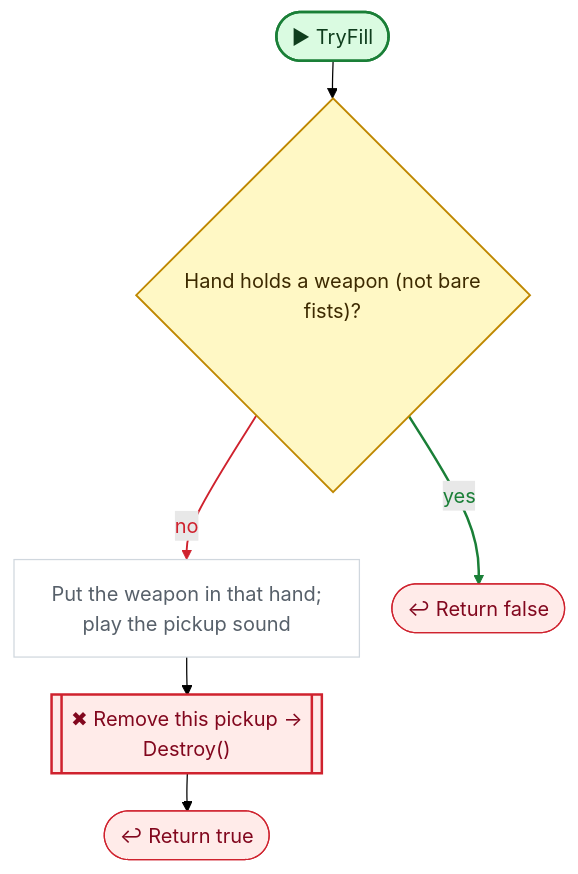
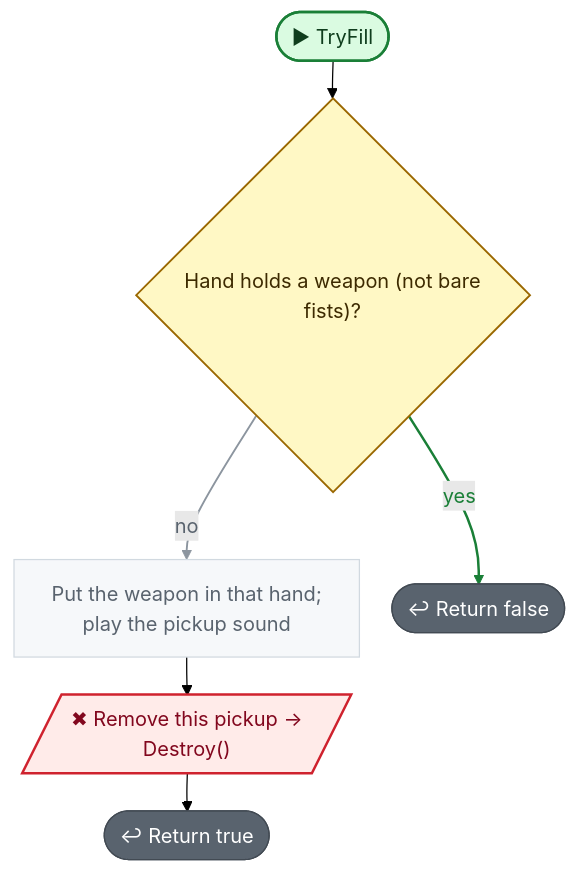
One commit to nataiai/Lord-of-the-Dungeon changed the fifth of 7 diagrams in CodeGraph~/graph/Loot.cs.md. Above: the diagram before and after it, drawn with Mermaid (forest theme). The commit also changed other lines of this file and 57 other files, not shown here.

````diff
--- a/CodeGraph~/graph/Loot.cs.md
+++ b/CodeGraph~/graph/Loot.cs.md
@@ -254,42 +271,42 @@
 ```mermaid
 ---
 config:
   flowchart:
     wrappingWidth: 260
     nodeSpacing: 26
     rankSpacing: 30
 ---
 flowchart TD
   nS(["▶ TryFill"])
   n6fc250{"Hand holds a weapon (not bare<br>fists)?"}
   n247ddb["Put the weapon in that hand;<br>play the pickup sound"]
-  nbee12d[["✖ Remove this pickup →<br>Destroy()"]]
+  nbee12d[/"✖ Remove this pickup →<br>Destroy()"/]
   n1902d3(["↩ Return false"])
   nb1e3d6(["↩ Return true"])
   nS --> n6fc250
   n6fc250 -->|no| n247ddb
   n6fc250 -->|yes| n1902d3
   n247ddb --> nbee12d
   nbee12d --> nb1e3d6
-  linkStyle 1 stroke:#cf222e,stroke-width:1.5px,color:#cf222e
+  linkStyle 1 stroke:#8c959f,stroke-width:1.5px,color:#59636e
   linkStyle 2 stroke:#1a7f37,stroke-width:2px,color:#1a7f37
   classDef unity fill:#dafbe1,stroke:#1a7f37,stroke-width:2px,color:#0f3d1d
   classDef start fill:#dafbe1,stroke:#1a7f37,stroke-width:2px,color:#0f3d1d
-  classDef calc fill:#ffffff,stroke:#d0d7de,color:#57606a
+  classDef calc fill:#f6f8fa,stroke:#d1d9e0,color:#59636e
   classDef calls fill:#ddf4ff,stroke:#0969da,stroke-width:2px,color:#0a3069
-  classDef ext fill:#ddf4ff,stroke:#0969da,stroke-width:2px,stroke-dasharray:5 3,color:#0a3069
-  classDef cond fill:#fff8c5,stroke:#bf8700,stroke-width:1.5px,color:#3d2a00
-  classDef loop fill:#f6f8fa,stroke:#57606a,color:#1f2328
-  classDef exit fill:#ffebe9,stroke:#cf222e,color:#82071e
+  classDef ext fill:#f6f8fa,stroke:#59636e,stroke-width:1.5px,stroke-dasharray:5 5,color:#1f2328
+  classDef cond fill:#fff8c5,stroke:#9a6700,stroke-width:1.5px,color:#3d2a00
+  classDef loop fill:#fff8c5,stroke:#9a6700,color:#3d2a00
+  classDef wait fill:#fff8c5,stroke:#9a6700,color:#3d2a00
+  classDef exit fill:#59636e,stroke:#424a53,color:#ffffff
+  classDef fin fill:#59636e,stroke:#424a53,color:#ffffff
+  classDef act fill:#ffffff,stroke:#59636e,stroke-width:1.5px,color:#1f2328
   classDef kill fill:#ffebe9,stroke:#cf222e,stroke-width:2px,color:#82071e
-  classDef spawn fill:#dafbe1,stroke:#1a7f37,stroke-width:2px,color:#0f3d1d
-  classDef wait fill:#fff1e5,stroke:#bc4c00,color:#4d1d00
-  classDef fin fill:#eaeef2,stroke:#8c959f,color:#57606a
   classDef join fill:#d0d7de,stroke:#8c959f,color:#57606a
   classDef ghdr fill:#f5f9ff,stroke:#f5f9ff,color:#0a3069,font-weight:bold
   class n247ddb calc
   class n6fc250 cond
   class n1902d3,nb1e3d6 exit
   class nbee12d kill
   class nS start
 ```
````
